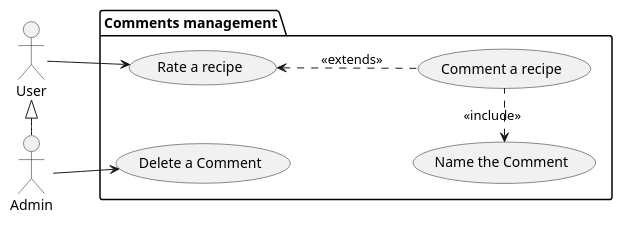
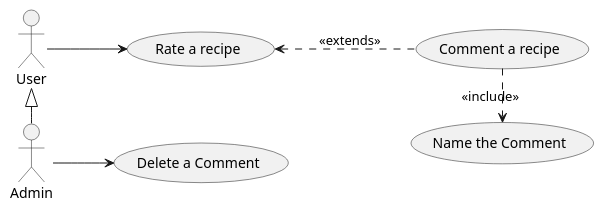
One commit to iusildra/WineCellar changed the ninth of 13 diagrams in doc/reports/usecaseAnalysis/plantuml/detailledUsecases.plantuml. Above: the diagram before and after it, drawn with PlantUML. The commit also changed other lines of this file and 38 other files, not shown here.

```diff
--- a/doc/reports/usecaseAnalysis/plantuml/detailledUsecases.plantuml
+++ b/doc/reports/usecaseAnalysis/plantuml/detailledUsecases.plantuml
@@ -111,22 +109,18 @@
 @startuml commentManagement
 
 left to right direction
 
 actor User as u
 actor Admin as a
 u <|- a
 
-package "Comments management" {
-  usecase (Comment a recipe) as u2
-  usecase (Rate a recipe) as u1
-  usecase (Delete a Comment) as u3
-  usecase (Name the Comment) as u4
-
-
-}
+usecase (Comment a recipe) as u2
+usecase (Rate a recipe) as u1
+usecase (Delete a Comment) as u3
+usecase (Name the Comment) as u4
 
 u --> u1
 a --> u3
-u2 .l.> u4 : <<include>>
+u2 .> u4 : <<include>>
 u2 .u.> u1 : <<extends>>
 @enduml
```
